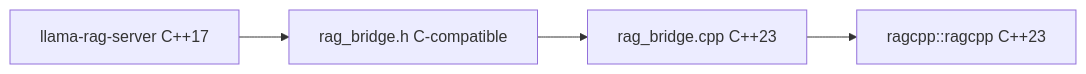
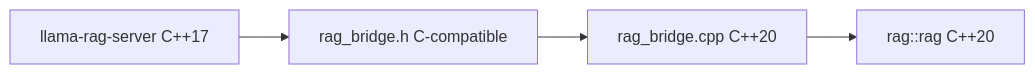
Before and after one commit to TengMa137/llama-rag-runtime: the second of 6 diagrams in docs/llama-rag-server-spec.md, drawn with Mermaid. The commit also changed other lines of this file and 162 other files, not shown here.

Commit message:
feat: own rag.cpp retrieval core

````diff
--- a/docs/llama-rag-server-spec.md
+++ b/docs/llama-rag-server-spec.md
@@ -357,11 +361,11 @@
 ```mermaid
 flowchart LR
     Server[llama-rag-server C++17]
     API[rag_bridge.h C-compatible]
-    Impl[rag_bridge.cpp C++23]
-    RAG[ragcpp::ragcpp C++23]
+    Impl[rag_bridge.cpp C++20]
+    RAG[rag::rag C++20]
 
     Server --> API
     API --> Impl
     Impl --> RAG
 ```
````
